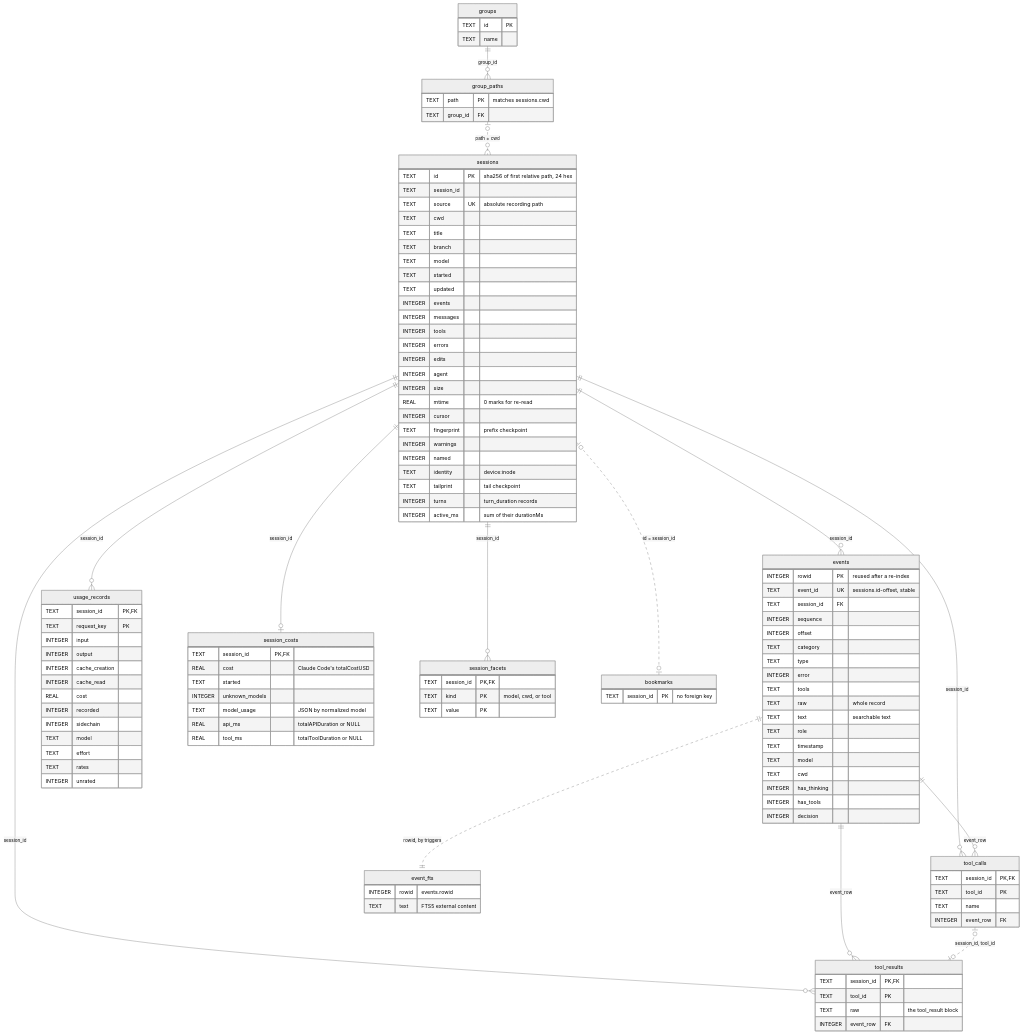
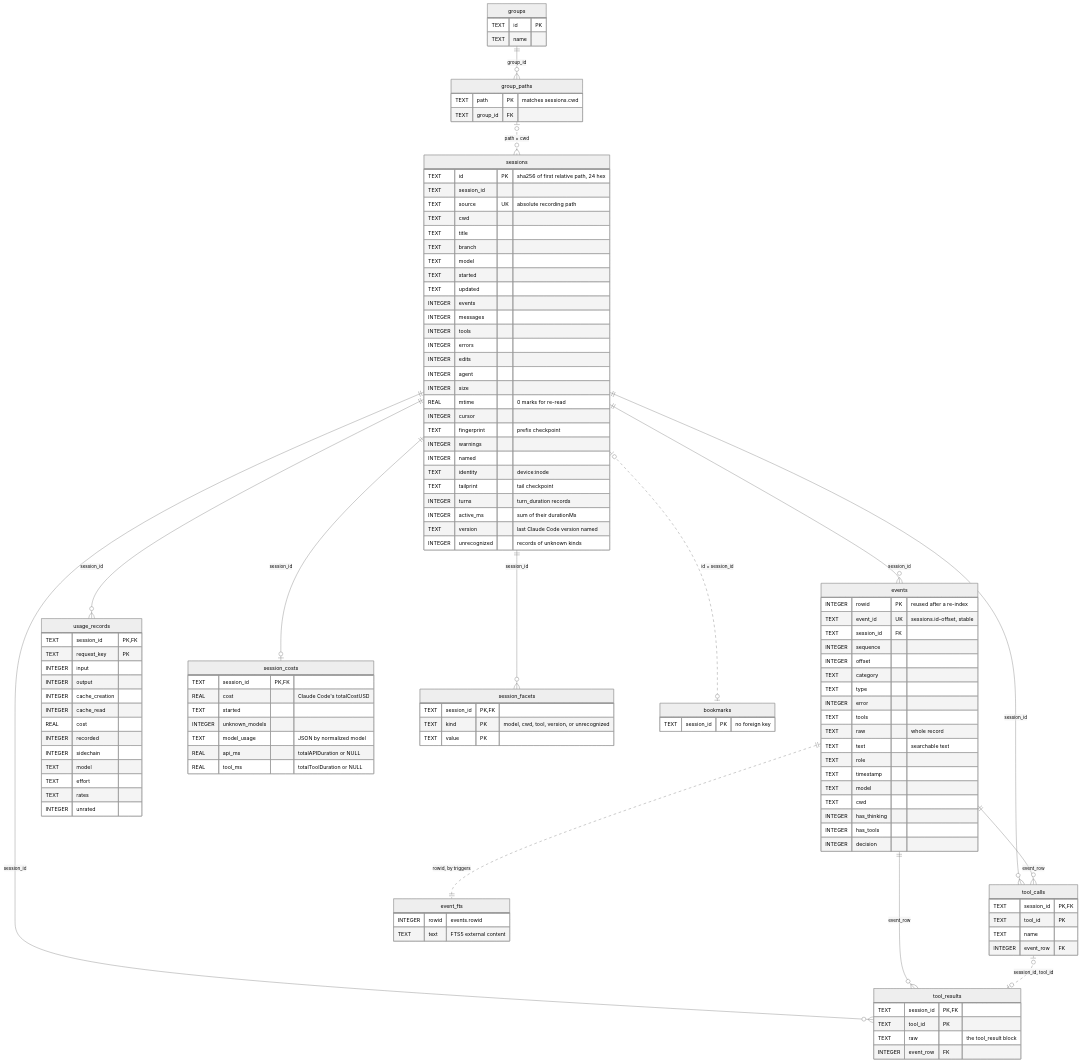
Before and after one commit to fantomc0der/claude-blackbox: the diagram in docs/sqlite-schema.md, drawn with Mermaid (neutral theme). The commit also changed other lines of this file and 16 other files, not shown here.

```diff
--- a/docs/sqlite-schema.md
+++ b/docs/sqlite-schema.md
@@ -88,6 +88,8 @@
     TEXT tailprint "tail checkpoint"
     INTEGER turns "turn_duration records"
     INTEGER active_ms "sum of their durationMs"
+    TEXT version "last Claude Code version named"
+    INTEGER unrecognized "records of unknown kinds"
   }
   events {
     INTEGER rowid PK "reused after a re-index"
@@ -151,7 +153,7 @@
   }
   session_facets {
     TEXT session_id PK, FK
-    TEXT kind PK "model, cwd, or tool"
+    TEXT kind PK "model, cwd, tool, version, or unrecognized"
     TEXT value PK
   }
   bookmarks {
```
